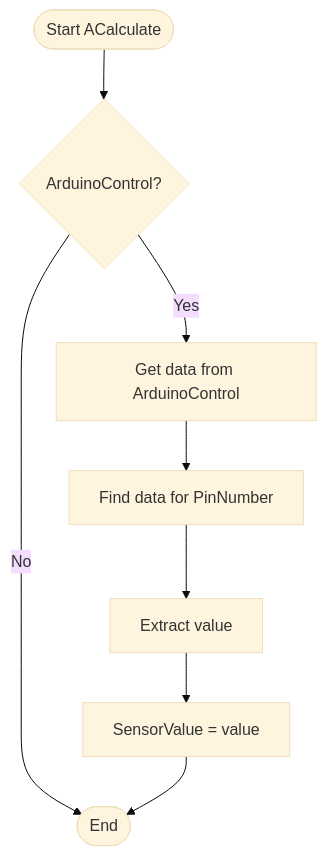
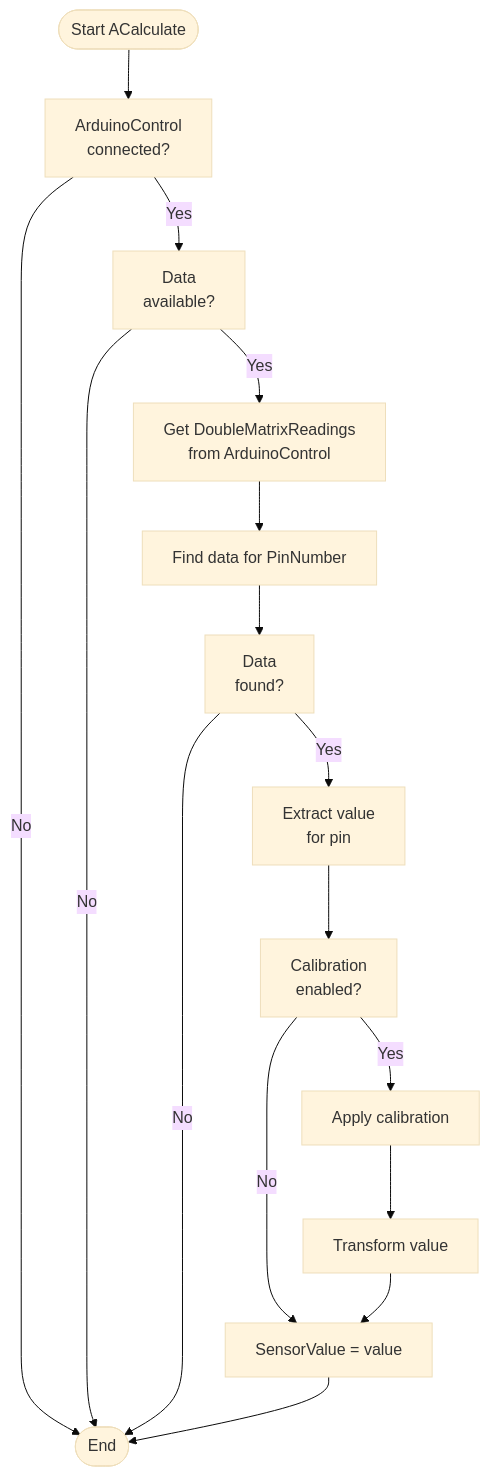
The ninth of 10 diagrams in Docs/Legacy/ADC.md (aicommunity/Rdk-HardwareLib), drawn with Mermaid (base theme) before and after one commit. The commit also changed other lines of this file and 4 other files, not shown here.

First line of the commit message:
docs(hardware): complete bilingual EN quality: mermaid sync, full translations, zero cyrillic in EN

````diff
--- a/Docs/Legacy/ADC.md
+++ b/Docs/Legacy/ADC.md
@@ -548,10 +620,18 @@
 ```mermaid
 flowchart TD
-    Start([Start ACalculate]) --> CheckArduino{ArduinoControl?}
+    Start([Start ACalculate]) --> CheckArduino["ArduinoControl<br/>connected?"]
     CheckArduino -->|No| End([End])
-    CheckArduino -->|Yes| GetData[Get data from ArduinoControl]
-    GetData --> FindPin[Find data for PinNumber]
-    FindPin --> ExtractValue[Extract value]
-    ExtractValue --> SetValue[SensorValue = value]
+    CheckArduino -->|Yes| CheckData["Data<br/>available?"]
+    CheckData -->|No| End
+    CheckData -->|Yes| GetMatrix["Get DoubleMatrixReadings<br/>from ArduinoControl"]
+    GetMatrix --> FindPin[Find data for PinNumber]
+    FindPin --> CheckFound["Data<br/>found?"]
+    CheckFound -->|No| End
+    CheckFound -->|Yes| ExtractValue["Extract value<br/>for pin"]
+    ExtractValue --> ApplyCalibration["Calibration<br/>enabled?"]
+    ApplyCalibration -->|Yes| Calibrate[Apply calibration]
+    ApplyCalibration -->|No| SetValue
+    Calibrate --> Transform[Transform value]
+    Transform --> SetValue[SensorValue = value]
     SetValue --> End
 ```
````
